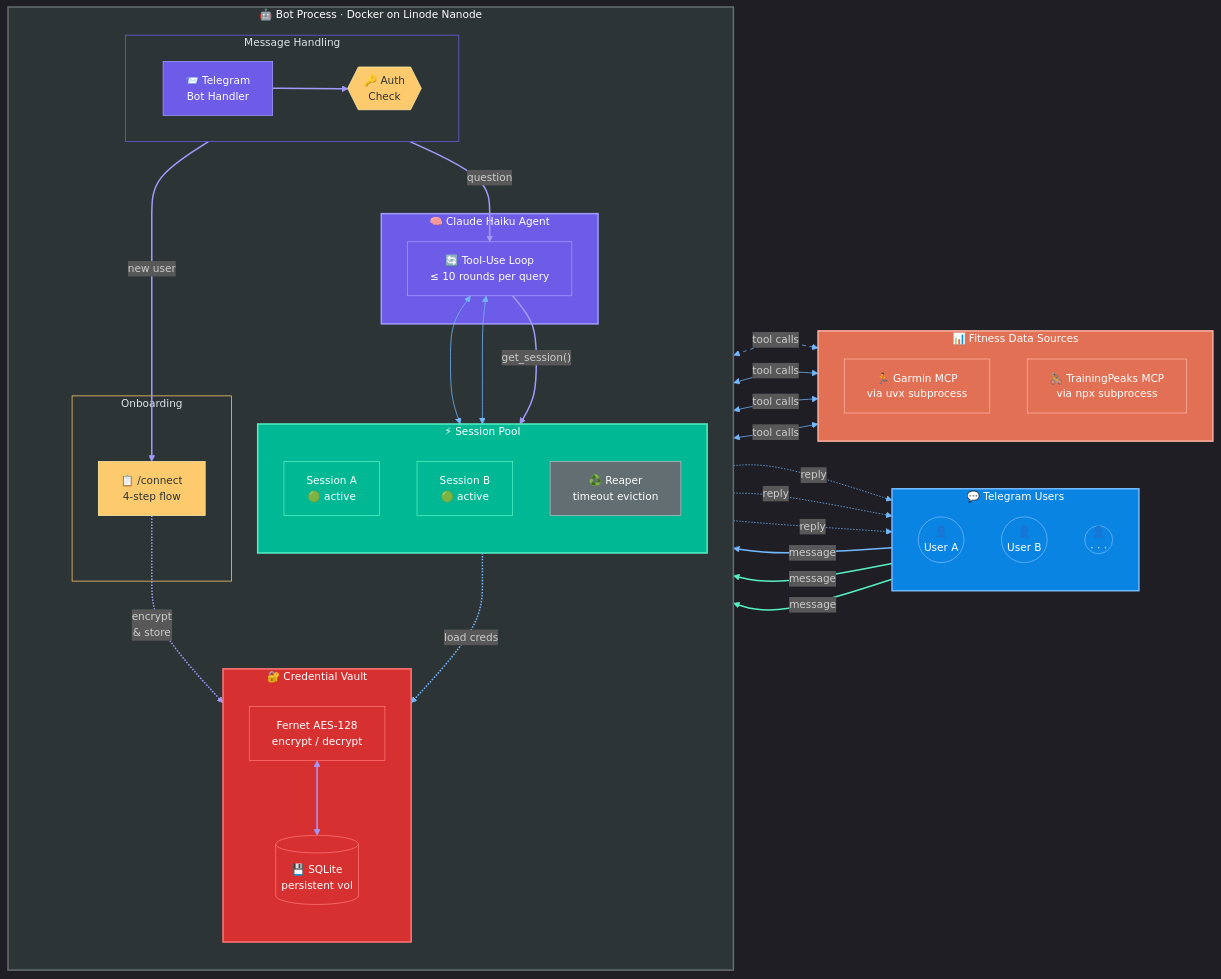
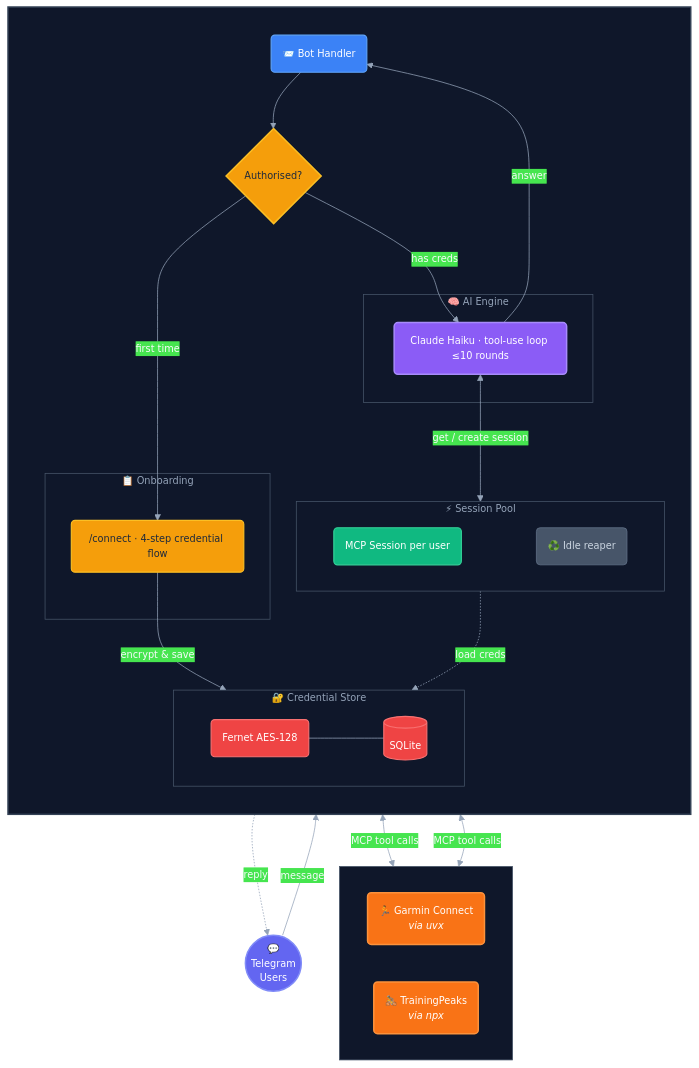
One commit to tshepor2001/fitness-ai-bot changed the diagram in README.md. Above: the diagram before and after it, drawn with Mermaid.

Commit message:
Polish architecture diagram: cleaner layout, refined palette

````diff
--- a/README.md
+++ b/README.md
@@ -14,90 +14,75 @@
 ```mermaid
-%%{init: {'theme': 'dark', 'themeVariables': { 'primaryColor': '#6C5CE7', 'primaryTextColor': '#fff', 'primaryBorderColor': '#a29bfe', 'lineColor': '#74b9ff', 'secondaryColor': '#0984e3', 'tertiaryColor': '#2d3436', 'fontSize': '14px' }}}%%
+%%{init: {'theme': 'base', 'themeVariables': { 'primaryColor': '#4f46e5', 'primaryTextColor': '#f8fafc', 'primaryBorderColor': '#818cf8', 'lineColor': '#94a3b8', 'fontSize': '13px', 'fontFamily': 'ui-monospace, monospace' }}}%%
 
-flowchart LR
-    subgraph users [" 💬 Telegram Users "]
+flowchart TB
+    U(("💬<br/>Telegram<br/>Users")) -->|message| TG
+
+    subgraph BOT [" "]
         direction TB
-        U1(("👤\nUser A"))
-        U2(("👤\nUser B"))
-        U3(("👤\n· · ·"))
+
+        TG("📨 Bot Handler") --> AUTH{"Authorised?"}
+
+        AUTH -->|"first time"| CONNECT
+        AUTH -->|"has creds"| AGENT
+
+        subgraph ONBOARD [" 📋  Onboarding "]
+            CONNECT("/connect · 4-step credential flow")
+        end
+
+        subgraph BRAIN [" 🧠  AI Engine "]
+            AGENT("Claude Haiku · tool-use loop ≤10 rounds")
+        end
+
+        subgraph POOL [" ⚡  Session Pool "]
+            direction LR
+            S1("MCP Session per user") ~~~ REAP("♻️ Idle reaper")
+        end
+
+        subgraph VAULT [" 🔐  Credential Store "]
+            direction LR
+            ENC("Fernet AES-128") --- DB[("SQLite")]
+        end
+
+        CONNECT -->|"encrypt & save"| ENC
+        AGENT <-->|"get / create session"| S1
+        S1 -.->|"load creds"| ENC
     end
 
-    subgraph bot [" 🤖 Bot Process · Docker on Linode Nanode "]
-        direction TB
-
-        subgraph ingress [" Message Handling "]
-            direction LR
-            TG["📨 Telegram\nBot Handler"]
-            AUTH{{"🔑 Auth\nCheck"}}
-            TG --> AUTH
-        end
-
-        subgraph onboard [" Onboarding "]
-            CONNECT["📋 /connect\n4-step flow"]
-        end
-
-        subgraph brain [" 🧠 Claude Haiku Agent "]
-            LOOP["🔄 Tool-Use Loop\n≤ 10 rounds per query"]
-        end
-
-        subgraph sessions [" ⚡ Session Pool "]
-            direction TB
-            SA["Session A\n🟢 active"]
-            SB["Session B\n🟢 active"]
-            REAPER["♻️ Reaper\ntimeout eviction"]
-        end
-
-        subgraph vault [" 🔐 Credential Vault "]
-            direction TB
-            FERNET["Fernet AES-128\nencrypt / decrypt"]
-            SQLITE[("💾 SQLite\npersistent vol")]
-            FERNET <--> SQLITE
-        end
-
-        AUTH -- "new user" --> CONNECT
-        CONNECT -. "encrypt\n& store" .-> FERNET
-        AUTH -- "question" --> LOOP
-        LOOP -- "get_session()" --> sessions
-        sessions -. "load creds" .-> FERNET
+    subgraph DATA [" "]
+        direction LR
+        GARMIN("🏃  Garmin Connect<br/><i>via uvx</i>")
+        TP("🚴  TrainingPeaks<br/><i>via npx</i>")
     end
 
-    subgraph data [" 📊 Fitness Data Sources "]
-        direction TB
-        GA["🏃 Garmin MCP\nvia uvx subprocess"]
-        TP["🚴 TrainingPeaks MCP\nvia npx subprocess"]
-    end
+    S1 <-->|"MCP tool calls"| GARMIN & TP
+    AGENT -->|"answer"| TG
+    TG -.->|"reply"| U
 
-    U1 & U2 & U3 -- "message" --> TG
-    SA & SB <-- "tool calls" --> GA & TP
-    LOOP <--> SA & SB
-    TG -. "reply" .-> U1 & U2 & U3
+    classDef default fill:#1e293b,stroke:#334155,color:#f1f5f9,stroke-width:1.5px
+    classDef user fill:#6366f1,stroke:#818cf8,color:#fff,stroke-width:2px
+    classDef handler fill:#3b82f6,stroke:#60a5fa,color:#fff,stroke-width:1.5px
+    classDef gate fill:#f59e0b,stroke:#fbbf24,color:#1e293b,stroke-width:2px
+    classDef onboard fill:#f59e0b,stroke:#fbbf24,color:#1e293b,stroke-width:1.5px
+    classDef ai fill:#8b5cf6,stroke:#a78bfa,color:#fff,stroke-width:2px
+    classDef session fill:#10b981,stroke:#34d399,color:#fff,stroke-width:1.5px
+    classDef reaper fill:#475569,stroke:#64748b,color:#cbd5e1,stroke-width:1px
+    classDef crypto fill:#ef4444,stroke:#f87171,color:#fff,stroke-width:1.5px
+    classDef db fill:#ef4444,stroke:#f87171,color:#fff,stroke-width:1.5px
+    classDef source fill:#f97316,stroke:#fb923c,color:#fff,stroke-width:2px
+    classDef zone fill:#0f172a,stroke:#334155,color:#94a3b8,stroke-width:2px
+    classDef zone2 fill:#0f172a,stroke:#475569,color:#94a3b8,stroke-width:1px
 
-    style users fill:#0984e3,stroke:#74b9ff,color:#fff,stroke-width:2px
-    style bot fill:#2d3436,stroke:#636e72,color:#fff,stroke-width:2px
-    style ingress fill:#2d3436,stroke:#6C5CE7,color:#dfe6e9,stroke-width:1px
-    style onboard fill:#2d3436,stroke:#fdcb6e,color:#dfe6e9,stroke-width:1px
-    style brain fill:#6C5CE7,stroke:#a29bfe,color:#fff,stroke-width:2px
-    style sessions fill:#00b894,stroke:#55efc4,color:#fff,stroke-width:2px
-    style vault fill:#d63031,stroke:#ff7675,color:#fff,stroke-width:2px
-    style data fill:#e17055,stroke:#fab1a0,color:#fff,stroke-width:2px
-
-    style U1 fill:#0984e3,stroke:#74b9ff,color:#fff
-    style U2 fill:#0984e3,stroke:#74b9ff,color:#fff
-    style U3 fill:#0984e3,stroke:#74b9ff,color:#fff
-    style TG fill:#6C5CE7,stroke:#a29bfe,color:#fff
-    style AUTH fill:#fdcb6e,stroke:#ffeaa7,color:#2d3436
-    style CONNECT fill:#fdcb6e,stroke:#ffeaa7,color:#2d3436
-    style LOOP fill:#6C5CE7,stroke:#a29bfe,color:#fff
-    style SA fill:#00b894,stroke:#55efc4,color:#fff
-    style SB fill:#00b894,stroke:#55efc4,color:#fff
-    style REAPER fill:#636e72,stroke:#b2bec3,color:#fff
-    style FERNET fill:#d63031,stroke:#ff7675,color:#fff
-    style SQLITE fill:#d63031,stroke:#ff7675,color:#fff
-    style GA fill:#e17055,stroke:#fab1a0,color:#fff
-    style TP fill:#e17055,stroke:#fab1a0,color:#fff
-
-    linkStyle 0,1,2,3,4,5 stroke:#a29bfe,stroke-width:2px
-    linkStyle 6,7 stroke:#74b9ff,stroke-width:2px
-    linkStyle 8,9 stroke:#55efc4,stroke-width:2px
-    linkStyle 10 stroke:#74b9ff,stroke-width:1px,stroke-dasharray:5
+    class U user
+    class TG handler
+    class AUTH gate
+    class CONNECT onboard
+    class AGENT ai
+    class S1 session
+    class REAP reaper
+    class ENC crypto
+    class DB db
+    class GARMIN,TP source
+    class BOT zone
+    class DATA zone2
+    class ONBOARD,BRAIN,POOL,VAULT zone2
 ```
````
